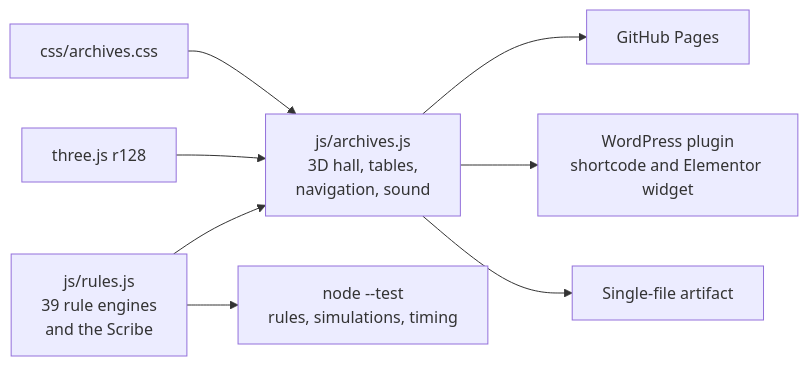
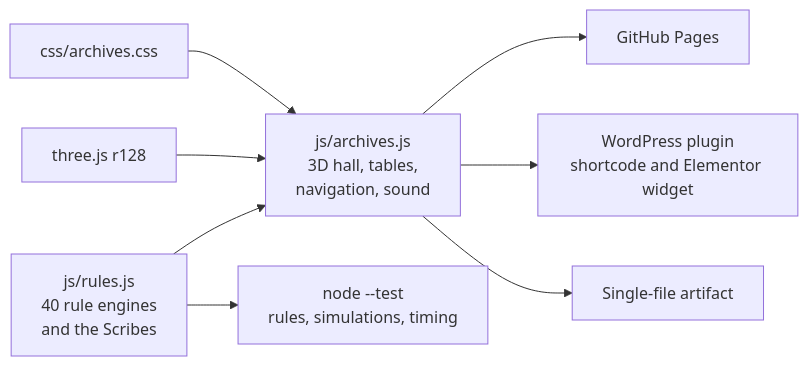
Before and after one commit to CptNope/Librarium-Archives: the second of 2 diagrams in README.md, drawn with Mermaid. The commit also changed other lines of this file and 15 other files, not shown here.

````diff
--- a/README.md
+++ b/README.md
@@ -41,10 +41,10 @@
 ```mermaid
 flowchart LR
-    rules["js/rules.js<br/>39 rule engines<br/>and the Scribe"] --> hall["js/archives.js<br/>3D hall, tables,<br/>navigation, sound"]
+    rules["js/rules.js<br/>40 rule engines<br/>and the Scribes"] --> hall["js/archives.js<br/>3D hall, tables,<br/>navigation, sound"]
     three["three.js r128"] --> hall
     css["css/archives.css"] --> hall
     hall --> site["GitHub Pages"]
     hall --> plugin["WordPress plugin<br/>shortcode and Elementor widget"]
     hall --> artifact["Single-file artifact"]
     rules --> tests["node --test<br/>rules, simulations, timing"]
 ```
````
